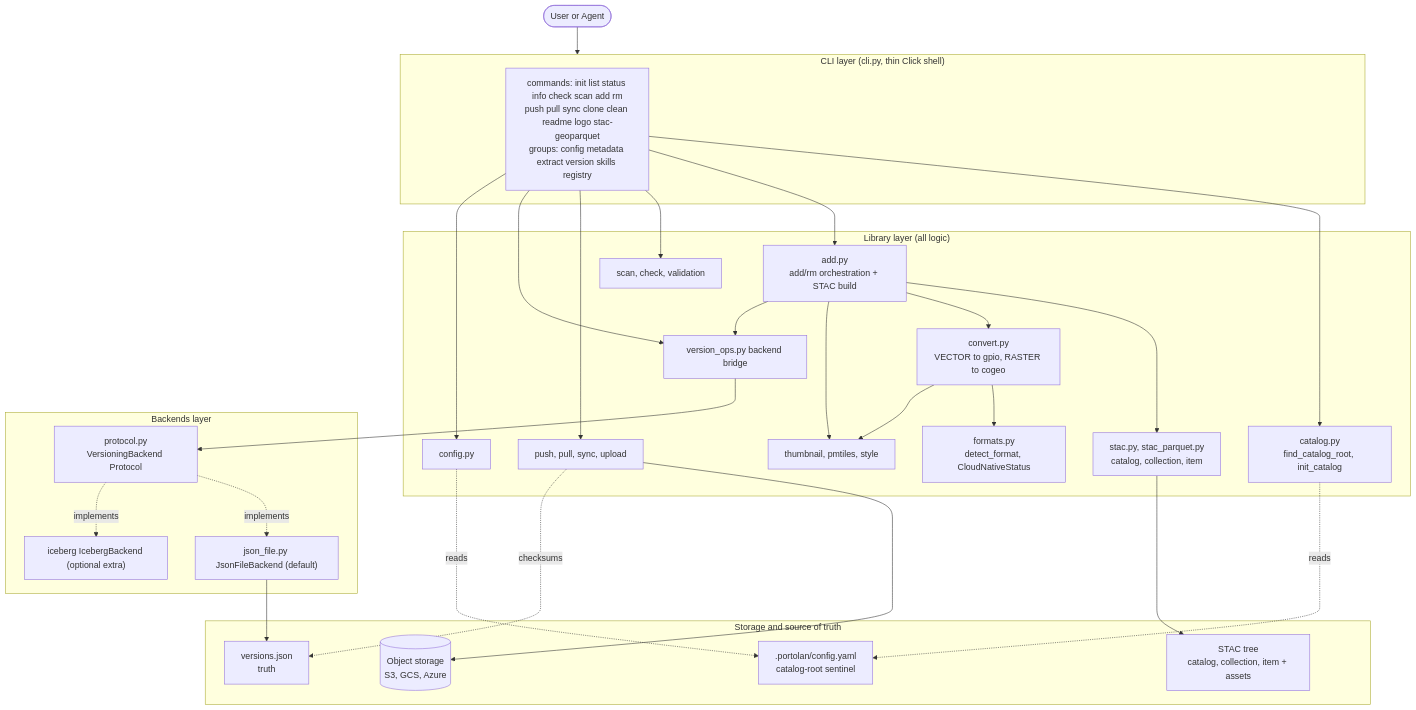
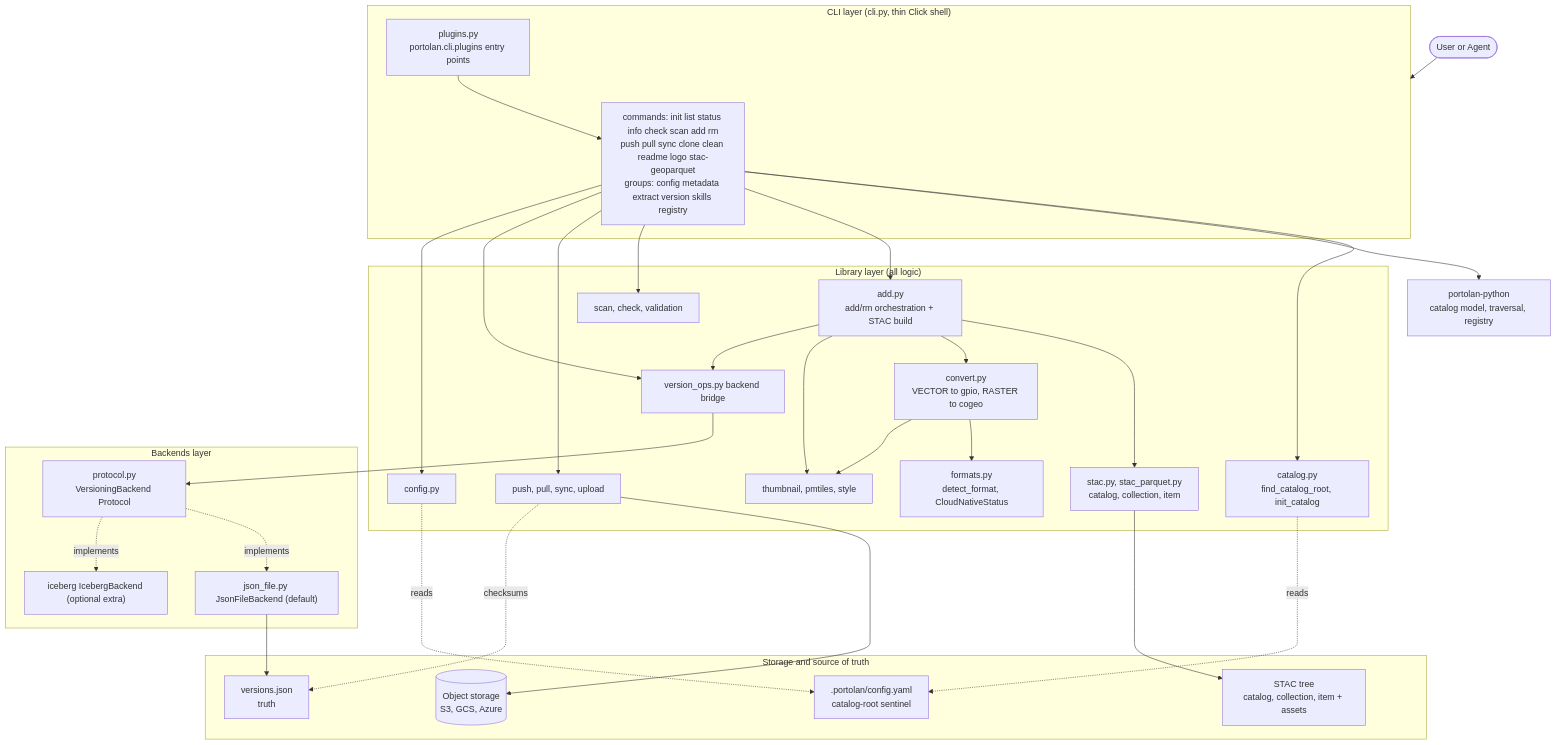
One commit to jemacchi/portolan-cli changed the diagram in .claude/rules/architecture.md. Above: the diagram before and after it, drawn with Mermaid. The commit also changed other lines of this file and 17 other files, not shown here.

Commit message:
refactor: use portolan-python and load CLI plugins

````diff
--- a/.claude/rules/architecture.md
+++ b/.claude/rules/architecture.md
@@ -15,51 +15,55 @@
 ```mermaid
 flowchart TD
     user([User or Agent]) --> CLI
     subgraph CLI["CLI layer (cli.py, thin Click shell)"]
         cmds["commands: init list status info check scan add rm<br/>push pull sync clone clean readme logo stac-geoparquet<br/>groups: config metadata extract version skills registry"]
+        plugins["plugins.py<br/>portolan.cli.plugins entry points"]
     end
+    core["portolan-python<br/>catalog model, traversal, registry"]
     subgraph LIB["Library layer (all logic)"]
         catalog["catalog.py<br/>find_catalog_root, init_catalog"]
         dataset["add.py<br/>add/rm orchestration + STAC build"]
         stac["stac.py, stac_parquet.py<br/>catalog, collection, item"]
         formats["formats.py<br/>detect_format, CloudNativeStatus"]
         convert["convert.py<br/>VECTOR to gpio, RASTER to cogeo"]
         viz["thumbnail, pmtiles, style"]
         scan["scan, check, validation"]
         syncmod["push, pull, sync, upload"]
         vops["version_ops.py backend bridge"]
         config["config.py"]
     end
     subgraph BK["Backends layer"]
         proto["protocol.py<br/>VersioningBackend Protocol"]
         jsonbk["json_file.py JsonFileBackend (default)"]
         iceberg["iceberg IcebergBackend (optional extra)"]
         proto -.implements.-> jsonbk
         proto -.implements.-> iceberg
     end
     subgraph STORE["Storage and source of truth"]
         sentinel[".portolan/config.yaml<br/>catalog-root sentinel"]
         versions["versions.json<br/>truth"]
         stactree["STAC tree<br/>catalog, collection, item + assets"]
         object[("Object storage<br/>S3, GCS, Azure")]
     end
     cmds --> catalog
+    cmds --> core
+    plugins --> cmds
     cmds --> dataset
     cmds --> scan
     cmds --> syncmod
     cmds --> vops
     cmds --> config
     dataset --> stac
     dataset --> convert
     convert --> formats
     convert --> viz
     dataset --> viz
     dataset --> vops
     vops --> proto
     catalog -.reads.-> sentinel
     config -.reads.-> sentinel
     jsonbk --> versions
     stac --> stactree
     syncmod --> object
     syncmod -.checksums.-> versions
 ```
````
